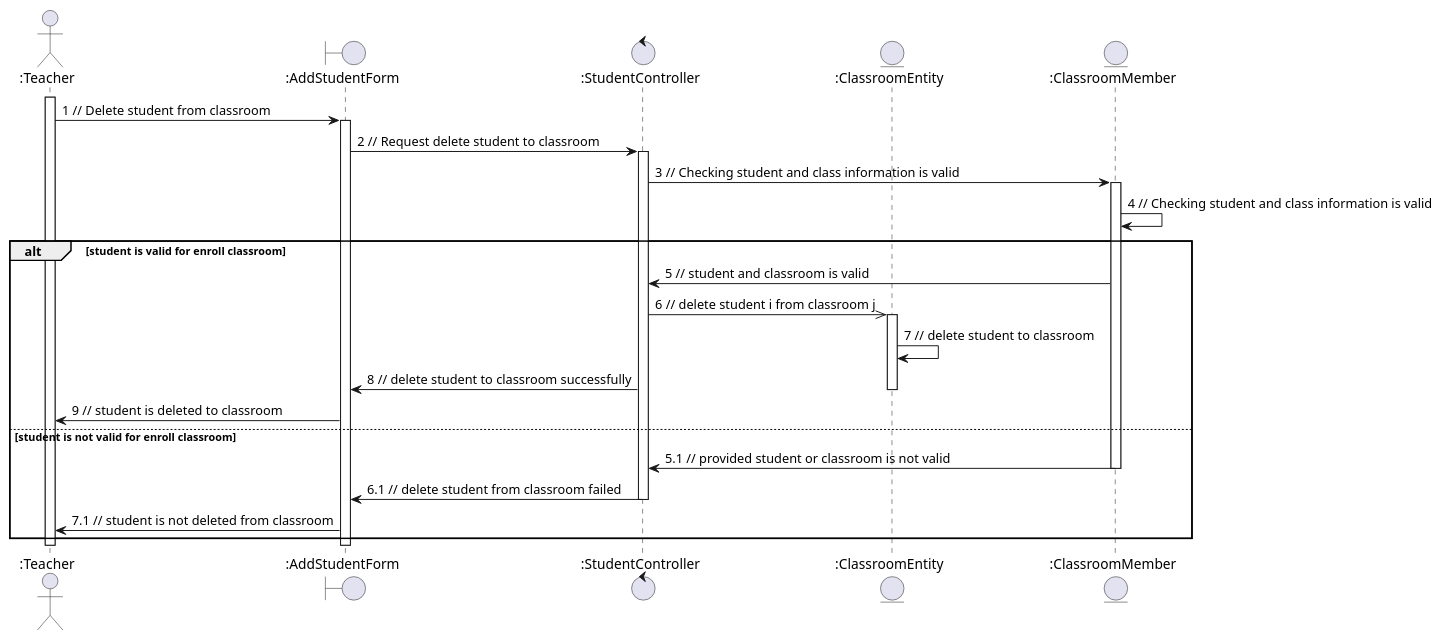
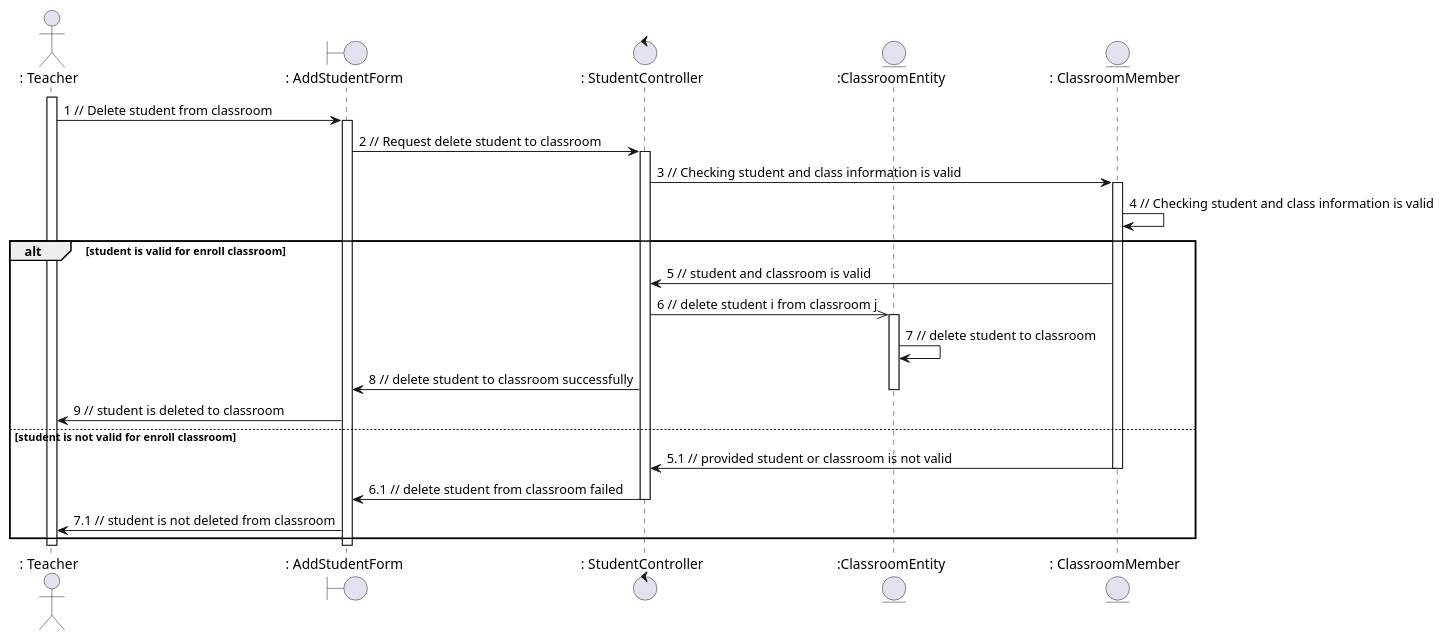
Before and after one commit to anonyhostvn/OOAD-Diagram: the diagram in sequence - analaysis/student /deleteStudent.plantuml, drawn with PlantUML. The commit also changed 13 other files, not shown here.

```diff
--- a/sequence - analaysis/student /deleteStudent.plantuml
+++ b/sequence - analaysis/student /deleteStudent.plantuml
@@ -1,37 +1,37 @@
 @startuml deleteStudent
 
-actor ":Teacher"
-boundary ":AddStudentForm"
-control ":StudentController"
+actor ": Teacher"
+boundary ": AddStudentForm"
+control ": StudentController"
 entity ":ClassroomEntity"
-entity ":ClassroomMember"
+entity ": ClassroomMember"
 
-activate ":Teacher"
-":Teacher" -> ":AddStudentForm": 1 // Delete student from classroom
-activate ":AddStudentForm"
-":AddStudentForm" -> ":StudentController": 2 // Request delete student to classroom
-activate ":StudentController"
-":StudentController" -> ":ClassroomMember": 3 // Checking student and class information is valid
-activate ":ClassroomMember"
-":ClassroomMember" -> ":ClassroomMember": 4 // Checking student and class information is valid
+activate ": Teacher"
+": Teacher" -> ": AddStudentForm": 1 // Delete student from classroom
+activate ": AddStudentForm"
+": AddStudentForm" -> ": StudentController": 2 // Request delete student to classroom
+activate ": StudentController"
+": StudentController" -> ": ClassroomMember": 3 // Checking student and class information is valid
+activate ": ClassroomMember"
+": ClassroomMember" -> ": ClassroomMember": 4 // Checking student and class information is valid
 alt student is valid for enroll classroom
-    ":ClassroomMember" -> ":StudentController": 5 // student and classroom is valid
-    ":StudentController" ->> ":ClassroomEntity": 6 // delete student i from classroom j
+    ": ClassroomMember" -> ": StudentController": 5 // student and classroom is valid
+    ": StudentController" ->> ":ClassroomEntity": 6 // delete student i from classroom j
     activate ":ClassroomEntity" 
     ":ClassroomEntity" -> ":ClassroomEntity": 7 // delete student to classroom
-    ":StudentController" -> ":AddStudentForm": 8 // delete student to classroom successfully
+    ": StudentController" -> ": AddStudentForm": 8 // delete student to classroom successfully
     deactivate ":ClassroomEntity"
-    ":AddStudentForm" -> ":Teacher": 9 // student is deleted to classroom
+    ": AddStudentForm" -> ": Teacher": 9 // student is deleted to classroom
 
 else student is not valid for enroll classroom
-    ":ClassroomMember" -> ":StudentController": 5.1 // provided student or classroom is not valid
-    deactivate ":ClassroomMember"
-    ":StudentController" -> ":AddStudentForm": 6.1 // delete student from classroom failed
-    deactivate ":StudentController"
-    ":AddStudentForm" -> ":Teacher": 7.1 // student is not deleted from classroom
+    ": ClassroomMember" -> ": StudentController": 5.1 // provided student or classroom is not valid
+    deactivate ": ClassroomMember"
+    ": StudentController" -> ": AddStudentForm": 6.1 // delete student from classroom failed
+    deactivate ": StudentController"
+    ": AddStudentForm" -> ": Teacher": 7.1 // student is not deleted from classroom
 end
 
-deactivate ":AddStudentForm"
-deactivate ":Teacher"
+deactivate ": AddStudentForm"
+deactivate ": Teacher"
 
 @enduml
```
